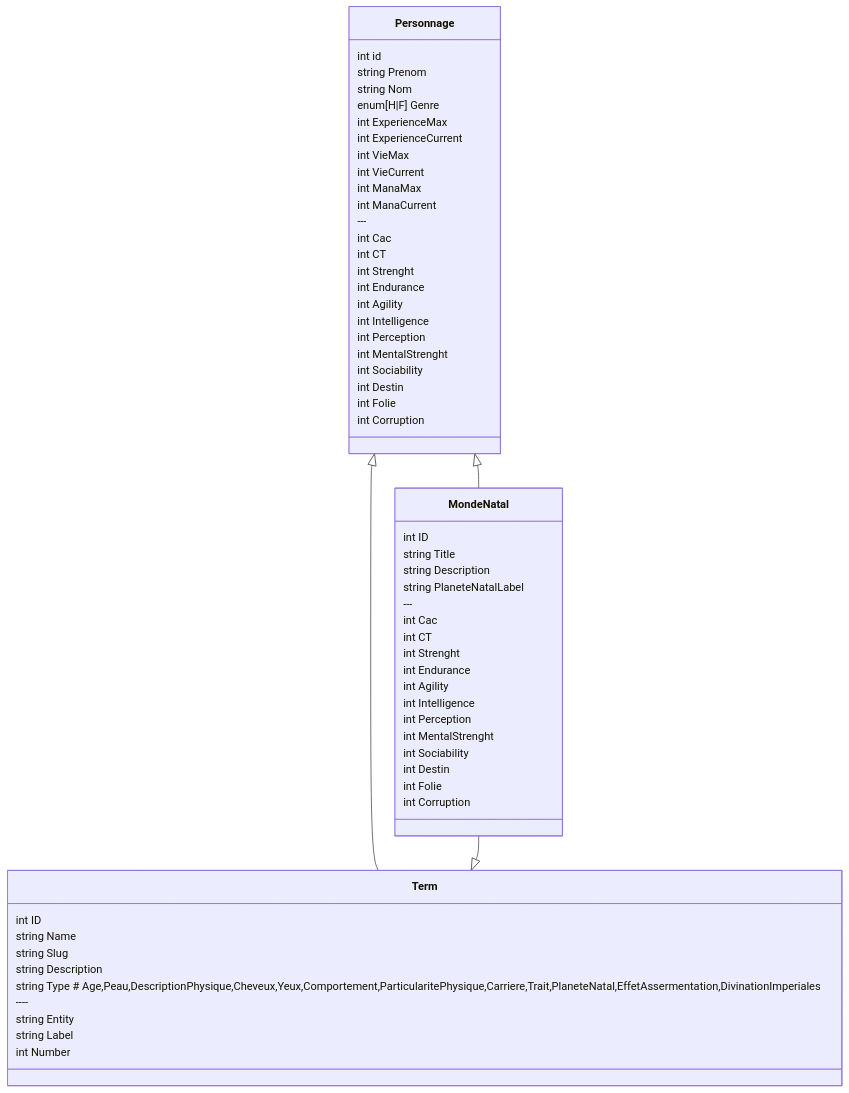
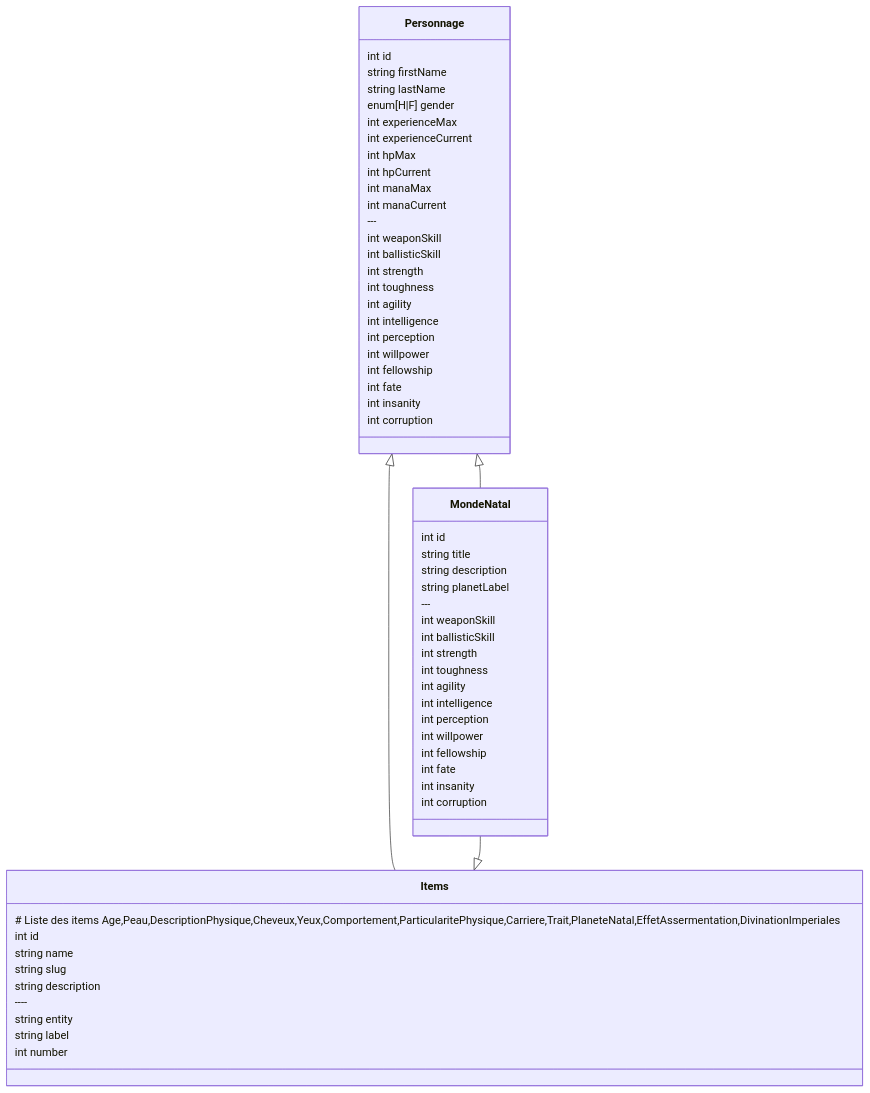
Before and after one commit to angelshurikan/w40k: the diagram in architecture.md, drawn with Mermaid. The commit also changed other lines of this file and 6 other files, not shown here.

Commit message:
✨ Mise à jour du modèle de données et ajout de la feuille d'item pour le type 'mondeNatal'

`````diff
--- a/architecture.md
+++ b/architecture.md
@@ -2,65 +14,64 @@
 ```mermaid
 classDiagram
     class Personnage {
       int id
-      string Prenom
-      string Nom
-      enum[H|F] Genre
-      int ExperienceMax
-      int ExperienceCurrent
-      int VieMax
-      int VieCurrent
-      int ManaMax
-      int ManaCurrent
+      string firstName
+      string lastName
+      enum[H|F] gender
+      int experienceMax
+      int experienceCurrent
+      int hpMax
+      int hpCurrent
+      int manaMax
+      int manaCurrent
       ---
-      int Cac
-      int CT
-      int Strenght
-      int Endurance
-      int Agility
-      int Intelligence
-      int Perception
-      int MentalStrenght
-      int Sociability
-      int Destin
-      int Folie
-      int Corruption
+      int weaponSkill
+      int ballisticSkill
+      int strength
+      int toughness
+      int agility
+      int intelligence
+      int perception
+      int willpower
+      int fellowship
+      int fate
+      int insanity
+      int corruption
     }
     class MondeNatal {
-      int ID
-      string Title
-      string Description
-      string PlaneteNatalLabel
+      int id
+      string title
+      string description
+      string planetLabel
       ---
-      int Cac
-      int CT
-      int Strenght
-      int Endurance
-      int Agility
-      int Intelligence
-      int Perception
-      int MentalStrenght
-      int Sociability
-      int Destin
-      int Folie
-      int Corruption
-    }
-    class Term {
-      int ID
-      string Name
-      string Slug
-      string Description
-      string Type # Age,Peau,DescriptionPhysique,Cheveux,Yeux,Comportement,ParticularitePhysique,Carriere,Trait,PlaneteNatal,EffetAssermentation,DivinationImperiales
-      ----
-      string Entity
-      string Label
-      int Number
+      int weaponSkill
+      int ballisticSkill
+      int strength
+      int toughness
+      int agility
+      int intelligence
+      int perception
+      int willpower
+      int fellowship
+      int fate
+      int insanity
+      int corruption
     }
 
+    class Items {
+        # Liste des items Age,Peau,DescriptionPhysique,Cheveux,Yeux,Comportement,ParticularitePhysique,Carriere,Trait,PlaneteNatal,EffetAssermentation,DivinationImperiales
+      int id
+      string name
+      string slug
+      string description
+      ----
+      string entity
+      string label
+      int number
+    }
 
-
-
+    %% MondeNatal définit les valeurs de base (copiées) des caractéristiques du Personnage
     Personnage <|-- MondeNatal
-    Personnage <|-- Term
-    MondeNatal --|> Term
-```
+    Personnage <|-- Items
+    MondeNatal --|> Items
+````
`````
